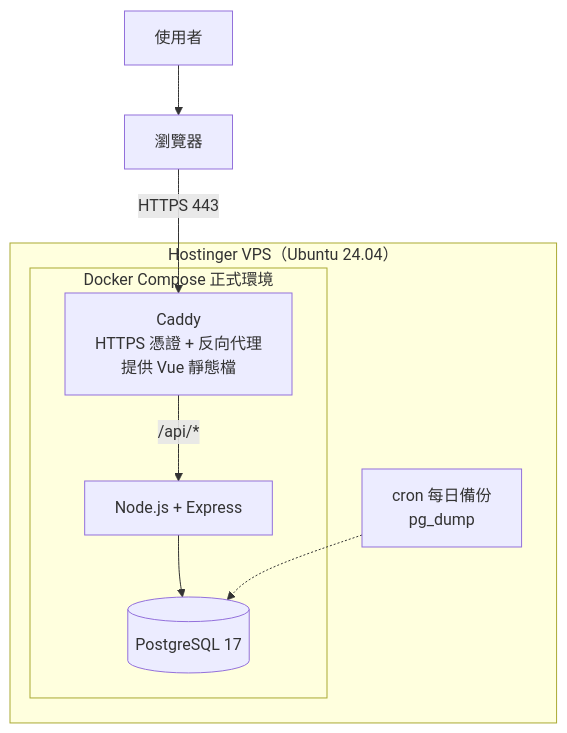
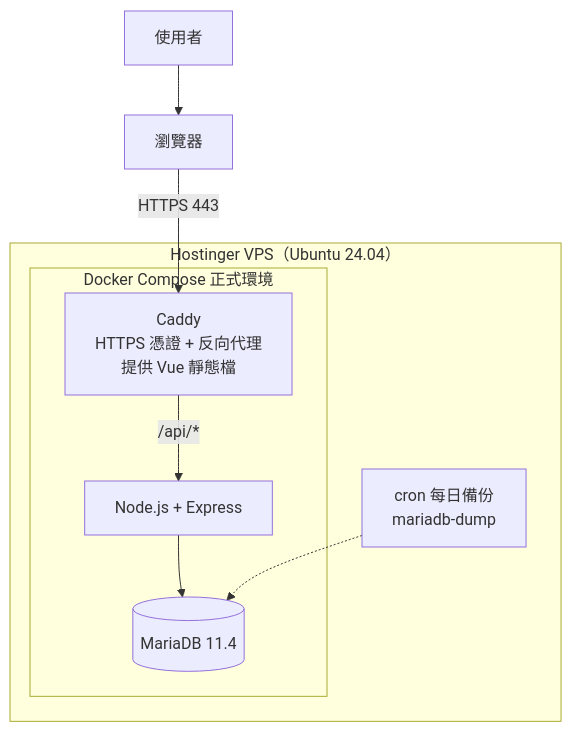
Before and after one commit to annie-clickforce/trello-fullstack: the second of 4 diagrams in docs/architecture.md, drawn with Mermaid. The commit also changed other lines of this file and 2 other files, not shown here.

First line of the commit message:
docs:資料庫改用 MariaDB 以保留搬到 Hostinger Cloud Startup 的彈性

````diff
--- a/docs/architecture.md
+++ b/docs/architecture.md
@@ -33,18 +33,18 @@
 ```mermaid
 flowchart TD
     User[使用者] --> Browser[瀏覽器]
     Browser -->|HTTPS 443| Caddy
 
     subgraph VPS["Hostinger VPS（Ubuntu 24.04）"]
         subgraph Compose[Docker Compose 正式環境]
             Caddy[Caddy<br/>HTTPS 憑證 + 反向代理<br/>提供 Vue 靜態檔]
             API[Node.js + Express]
-            DB[(PostgreSQL 17)]
+            DB[(MariaDB 11.4)]
 
             Caddy -->|/api/*| API
             API --> DB
         end
-        Backup[cron 每日備份<br/>pg_dump]
+        Backup[cron 每日備份<br/>mariadb-dump]
         Backup -.-> DB
     end
 ```
````
